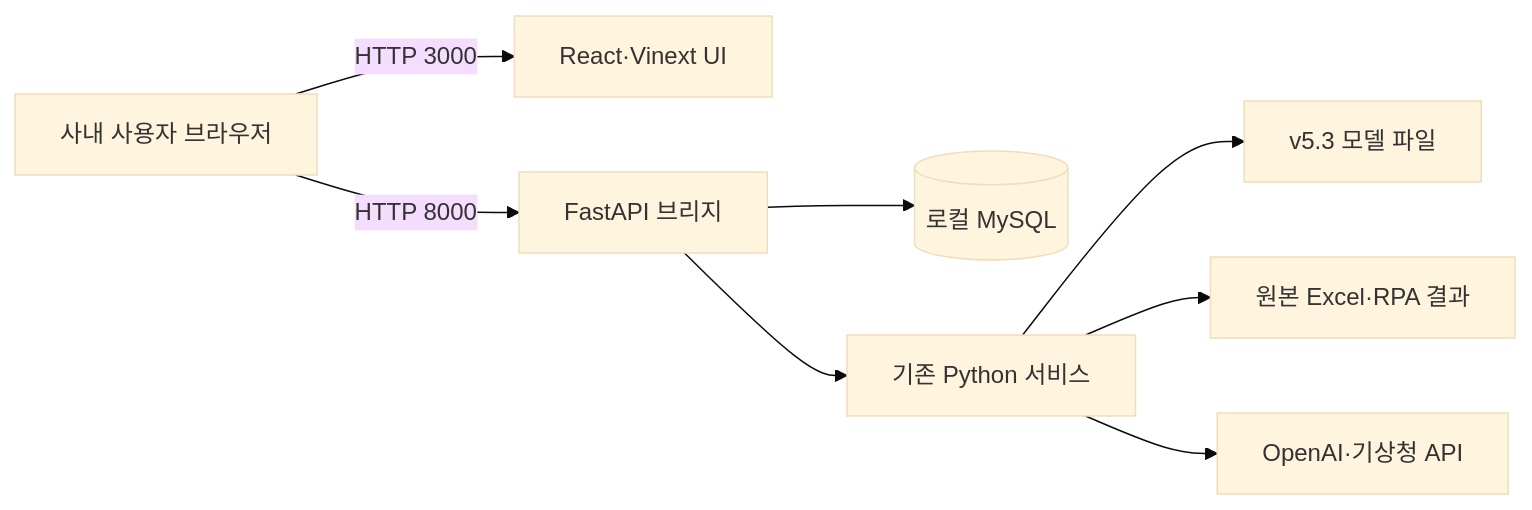
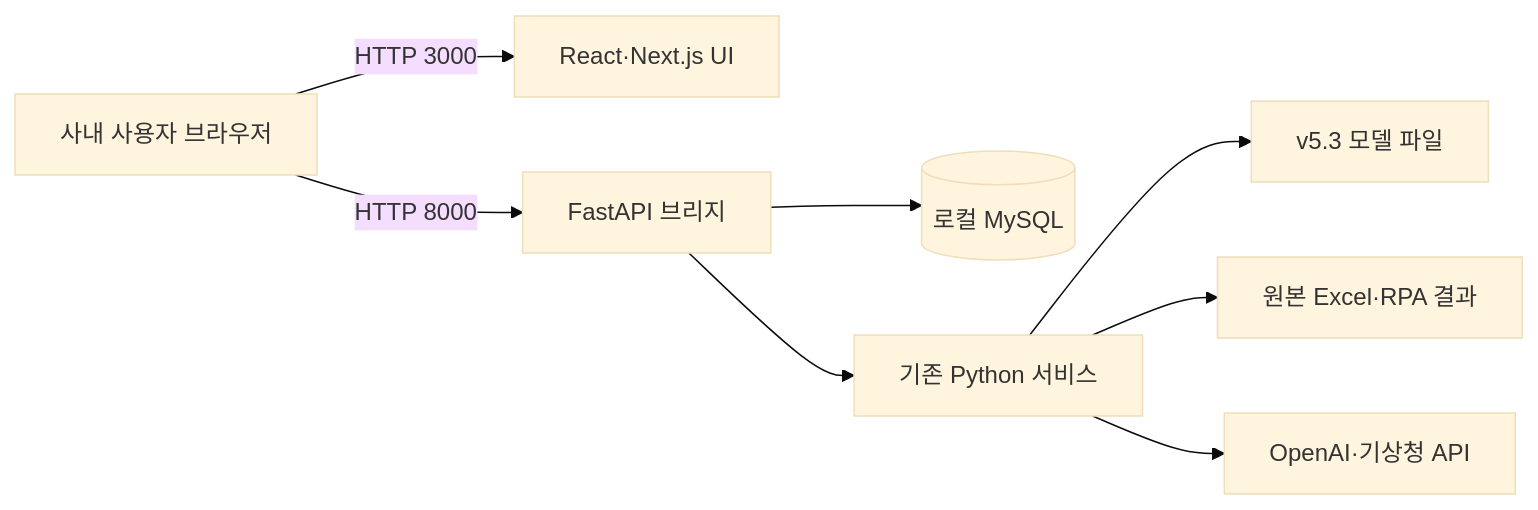
Before and after one commit to kjw413/ai-elite-bems-next: the first of 2 diagrams in new/docs/ARCHITECTURE_KR.md, drawn with Mermaid (base theme). The commit also changed other lines of this file and 16 other files, not shown here.

````diff
--- a/new/docs/ARCHITECTURE_KR.md
+++ b/new/docs/ARCHITECTURE_KR.md
@@ -5,10 +5,10 @@
 ```mermaid
 flowchart LR
-    U[사내 사용자 브라우저] -->|HTTP 3000| W[React·Vinext UI]
+    U[사내 사용자 브라우저] -->|HTTP 3000| W[React·Next.js UI]
     U -->|HTTP 8000| A[FastAPI 브리지]
     A --> D[(로컬 MySQL)]
     A --> S[기존 Python 서비스]
     S --> M[v5.3 모델 파일]
     S --> X[원본 Excel·RPA 결과]
     S --> L[OpenAI·기상청 API]
 ```
````
